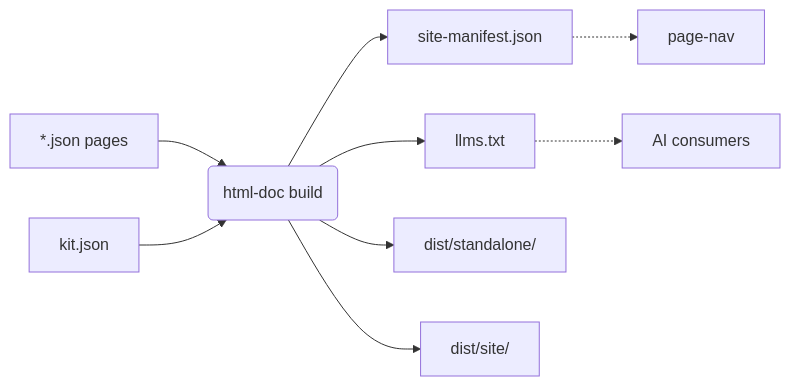
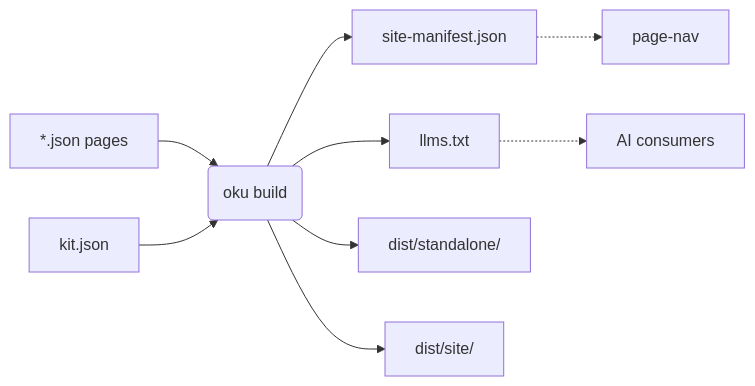
Before and after one commit to mmdemirbas/oku: the second of 2 diagrams in examples/primitives.md, drawn with Mermaid. The commit also changed other lines of this file and 26 other files, not shown here.

````diff
--- a/examples/primitives.md
+++ b/examples/primitives.md
@@ -59,11 +59,11 @@
 ```mermaid
 flowchart LR
-    A[*.json pages] --> B(html-doc build)
+    A[*.json pages] --> B(oku build)
     K[kit.json] --> B
     B --> M[site-manifest.json]
     B --> L[llms.txt]
     B --> S[dist/standalone/]
     B --> D[dist/site/]
     M -.-> N[page-nav]
     L -.-> P[AI consumers]
 ```
````
